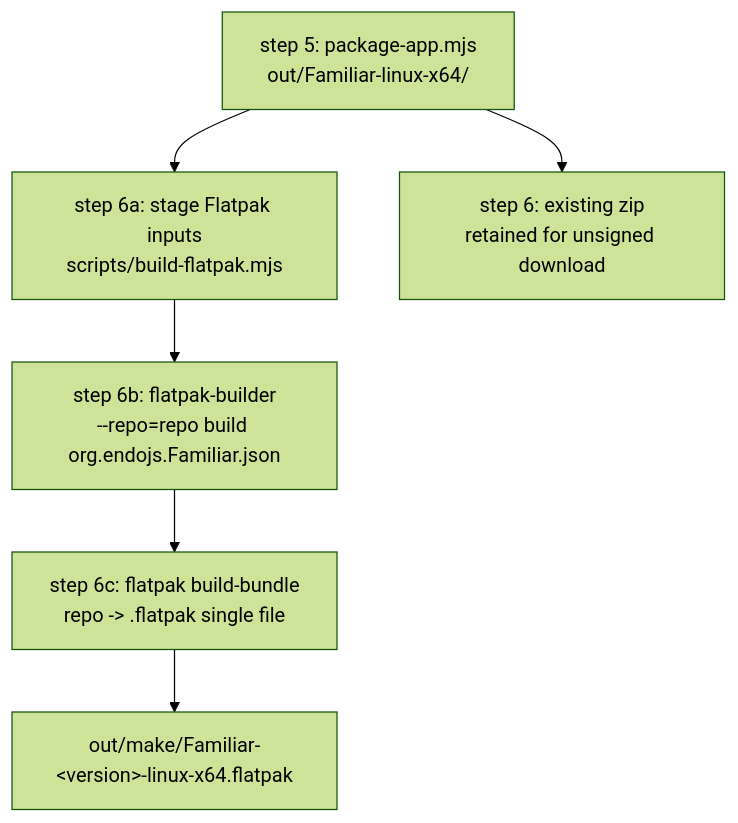
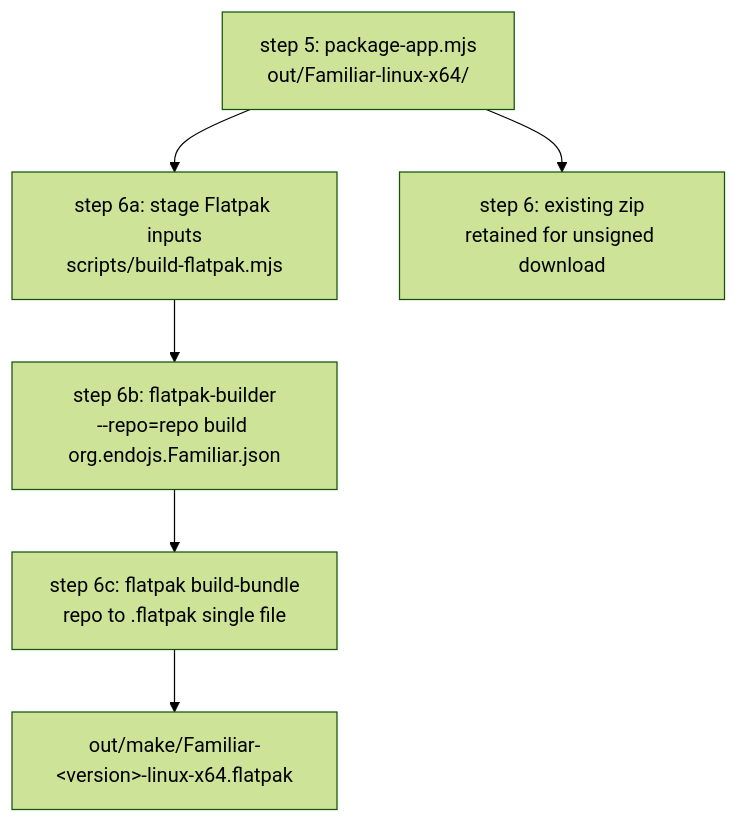
Before and after one commit to endojs/endo-but-for-bots: the diagram in designs/familiar-flatpak-pipeline.md, drawn with Mermaid (forest theme). The commit also changed other lines of this file and 1 other file, not shown here.

First line of the commit message:
design(familiar-flatpak-pipeline): address panel round 2 must-fix

````diff
--- a/designs/familiar-flatpak-pipeline.md
+++ b/designs/familiar-flatpak-pipeline.md
@@ -88,9 +138,9 @@
 ```mermaid
 flowchart TD
   P[step 5: package-app.mjs<br/>out/Familiar-linux-x64/] --> A
   A[step 6a: stage Flatpak inputs<br/>scripts/build-flatpak.mjs] --> B
   B[step 6b: flatpak-builder<br/>--repo=repo build org.endojs.Familiar.json] --> C
-  C[step 6c: flatpak build-bundle<br/>repo -> .flatpak single file] --> D
+  C[step 6c: flatpak build-bundle<br/>repo to .flatpak single file] --> D
   D[out/make/Familiar-&lt;version&gt;-linux-x64.flatpak]
   P --> Z[step 6: existing zip<br/>retained for unsigned download]
 ```
````
